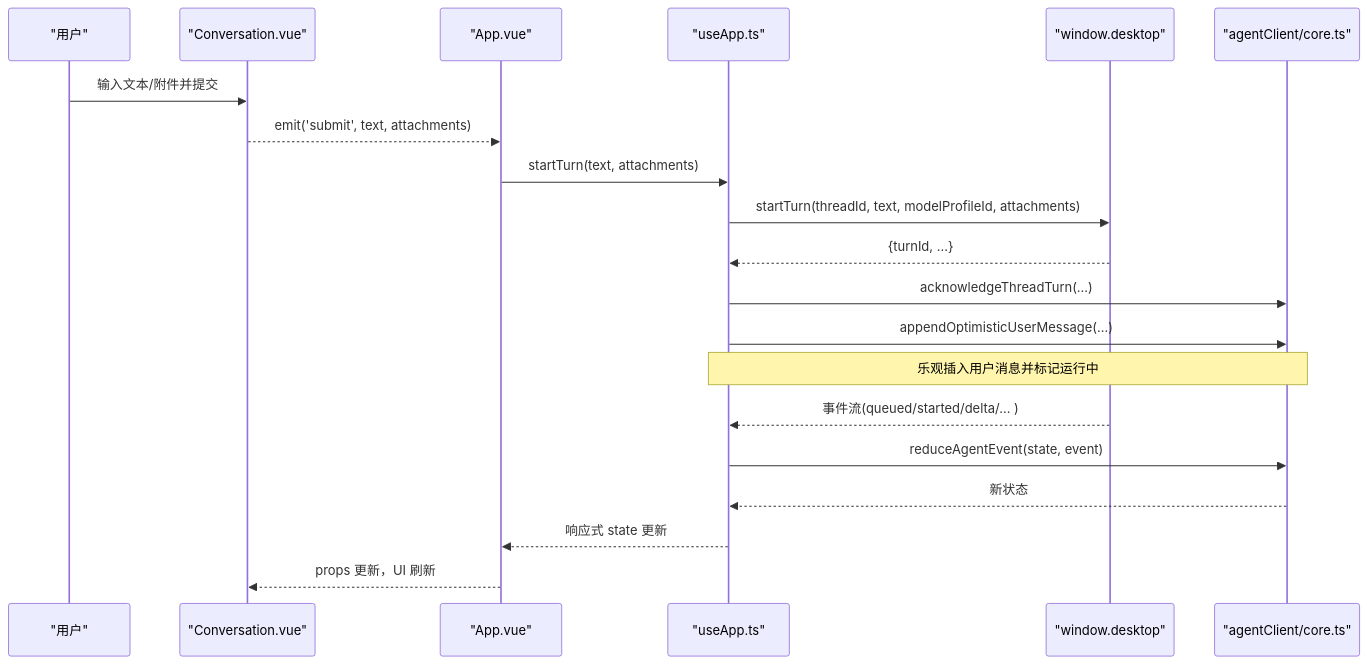
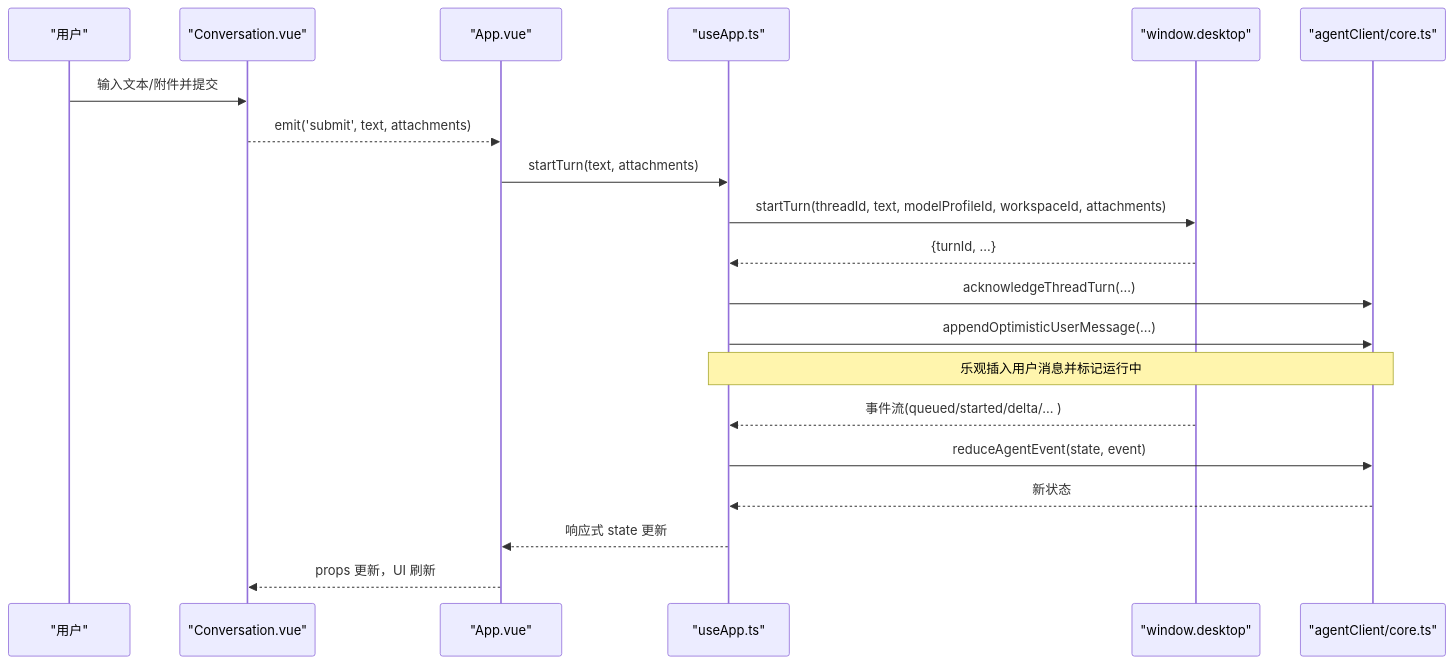
One commit to dyx-9163/ai-aifar changed the second of 6 diagrams in .qoder/repowiki/zh/content/核心模块/渲染进程/Vue.js 应用架构.md. Above: the diagram before and after it, drawn with Mermaid. The commit also changed other lines of this file and 10 other files, not shown here.

First line of the commit message:
Compact tool activity rows: merge start/result per call, hide after turn ends

````diff
--- a/.qoder/repowiki/zh/content/核心模块/渲染进程/Vue.js 应用架构.md
+++ b/.qoder/repowiki/zh/content/核心模块/渲染进程/Vue.js 应用架构.md
@@ -113,22 +131,22 @@
 ```mermaid
 sequenceDiagram
 participant U as "用户"
 participant C as "Conversation.vue"
 participant A as "App.vue"
 participant S as "useApp.ts"
 participant D as "window.desktop"
 participant R as "agentClient/core.ts"
 U->>C : 输入文本/附件并提交
 C-->>A : emit('submit', text, attachments)
 A->>S : startTurn(text, attachments)
-S->>D : startTurn(threadId, text, modelProfileId, attachments)
+S->>D : startTurn(threadId, text, modelProfileId, workspaceId, attachments)
 D-->>S : {turnId, ...}
 S->>R : acknowledgeThreadTurn(...)
 S->>R : appendOptimisticUserMessage(...)
 Note over S,R : 乐观插入用户消息并标记运行中
 D-->>S : 事件流(queued/started/delta/... )
 S->>R : reduceAgentEvent(state, event)
 R-->>S : 新状态
 S-->>A : 响应式 state 更新
 A-->>C : props 更新，UI 刷新
 ```
````
